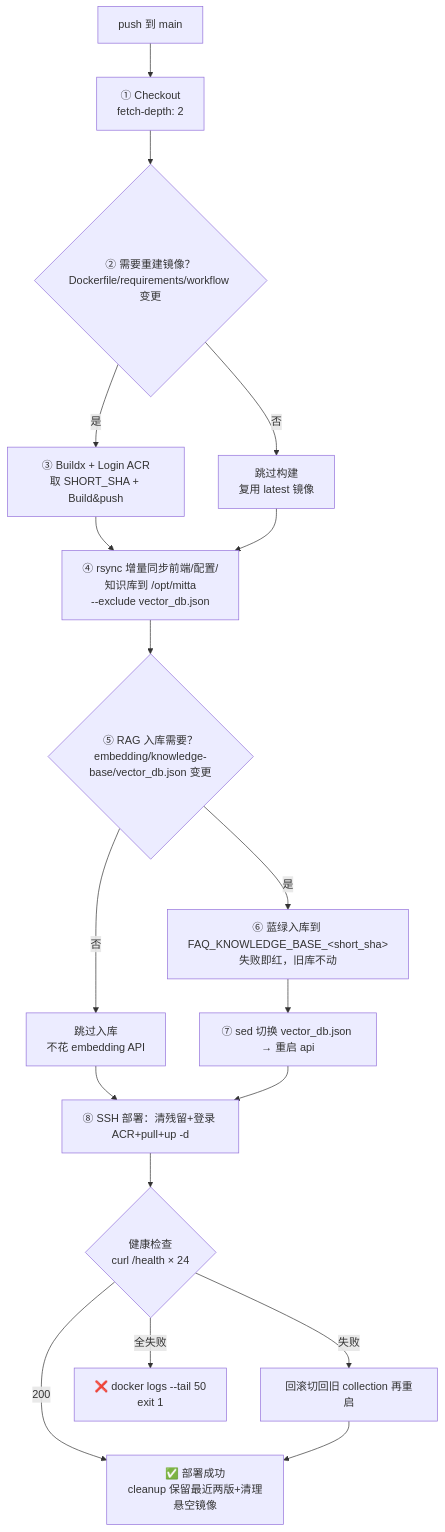
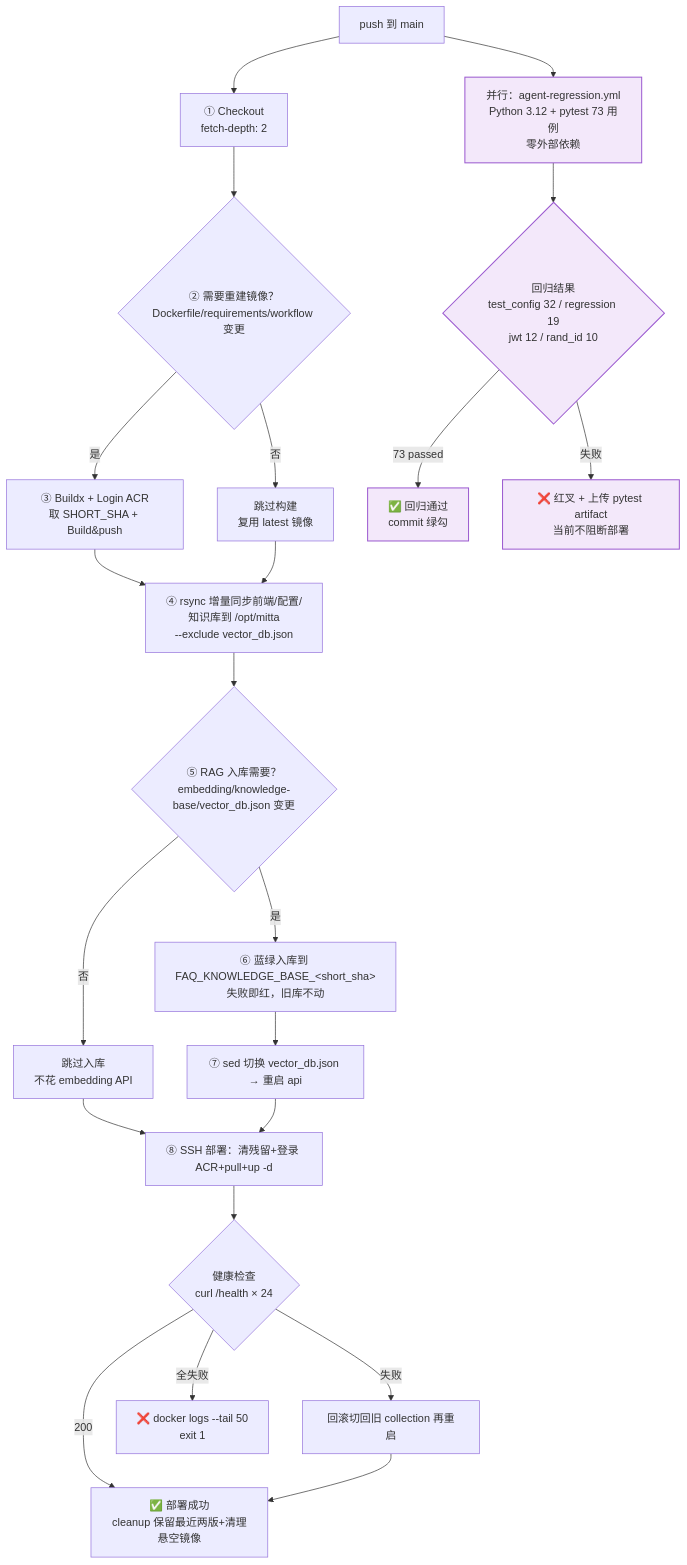
Before and after one commit to Q1anyii/Mitta: the diagram in README.md, drawn with Mermaid. The commit also changed other lines of this file and 5 other files, not shown here.

First line of the commit message:
docs: H-12 同步 README/项目详解链路、流程图与 CI 回归门禁

````diff
--- a/README.md
+++ b/README.md
@@ -719,21 +858,29 @@
 ```mermaid
 flowchart TD
     PUSH[push 到 main] --> CHECK[① Checkout<br/>fetch-depth: 2]
+    PUSH --> REG[并行：agent-regression.yml<br/>Python 3.12 + pytest 73 用例<br/>零外部依赖]
     CHECK --> DETECT{② 需要重建镜像？<br/>Dockerfile/requirements/workflow 变更}
     DETECT -->|是| BUILD[③ Buildx + Login ACR<br/>取 SHORT_SHA + Build&push]
     DETECT -->|否| SKIP[跳过构建<br/>复用 latest 镜像]
     BUILD --> RSYNC
     SKIP --> RSYNC
     RSYNC[④ rsync 增量同步前端/配置/知识库到 /opt/mitta<br/>--exclude vector_db.json]
     RSYNC --> INGEST{⑤ RAG 入库需要？<br/>embedding/knowledge-base/vector_db.json 变更}
     INGEST -->|是| BLUE[⑥ 蓝绿入库到 FAQ_KNOWLEDGE_BASE_&lt;short_sha&gt;<br/>失败即红，旧库不动]
     INGEST -->|否| SKIPI[跳过入库<br/>不花 embedding API]
     BLUE --> SWITCH[⑦ sed 切换 vector_db.json → 重启 api]
     SKIPI --> SSH
     SWITCH --> SSH[⑧ SSH 部署：清残留+登录 ACR+pull+up -d]
     SSH --> HEALTH{健康检查<br/>curl /health × 24}
     HEALTH -->|200| OK[✅ 部署成功<br/>cleanup 保留最近两版+清理悬空镜像]
     HEALTH -->|失败| ROLLBACK[回滚切回旧 collection 再重启]
     ROLLBACK --> OK
     HEALTH -->|全失败| FAIL[❌ docker logs --tail 50<br/>exit 1]
+
+    REG --> REGJ{回归结果<br/>test_config 32 / regression 19<br/>jwt 12 / rand_id 10}
+    REGJ -->|73 passed| REGOK[✅ 回归通过<br/>commit 绿勾]
+    REGJ -->|失败| REGFAIL[❌ 红叉 + 上传 pytest artifact<br/>当前不阻断部署]
+
+    classDef gate fill:#F3E8FA,stroke:#9C5BD0,stroke-width:1.5px;
+    class REG,REGJ,REGOK,REGFAIL gate;
 ```
````
